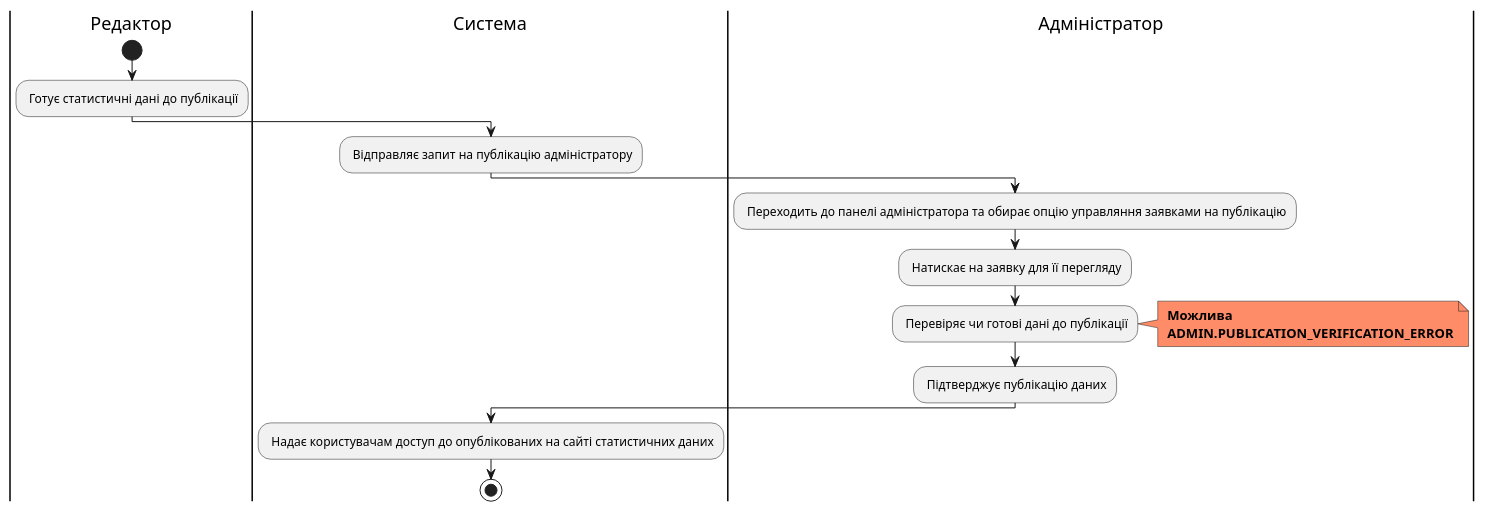
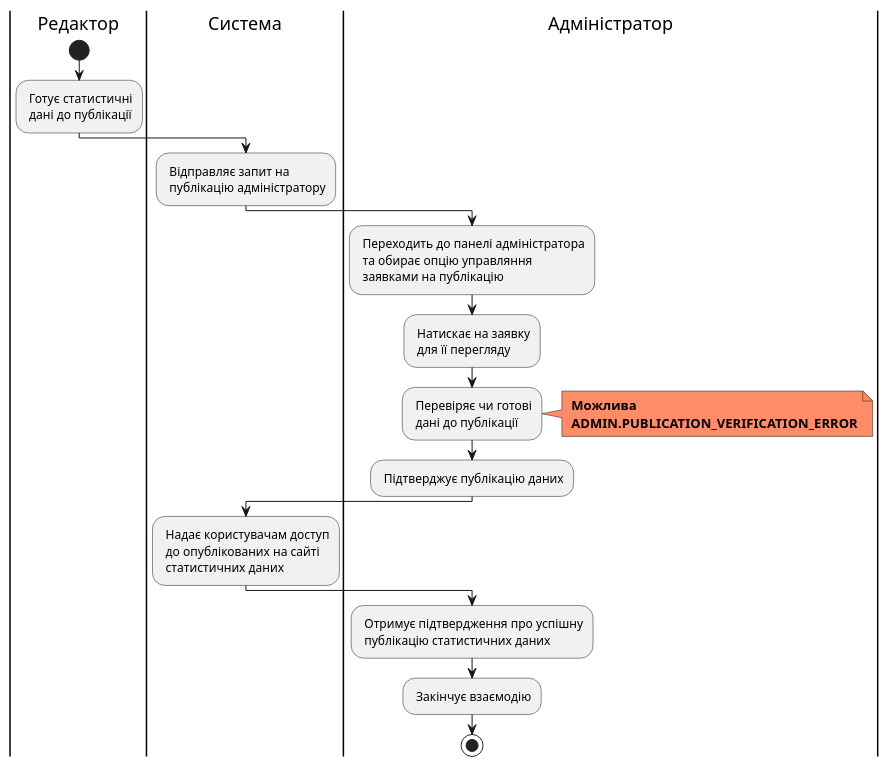
One commit to edu-db/edu_db_labs changed diagram 17 of 19 in docs/use cases/README.md. Above: the diagram before and after it, drawn with PlantUML. The commit also changed other lines of this file, not shown here.

```diff
--- a/docs/use cases/README.md
+++ b/docs/use cases/README.md
@@ -1230,26 +1304,30 @@
 @startuml
 
 |Редактор|
 start;
-: Готує статистичні дані до публікації;
+: Готує статистичні\n дані до публікації;
 
 |Система|
-: Відправляє запит на публікацію адміністратору;
+: Відправляє запит на\n публікацію адміністратору;
 
 |Адміністратор|
-: Переходить до панелі адміністратора та обирає опцію управляння заявками на публікацію;
-: Натискає на заявку для її перегляду;
-: Перевіряє чи готові дані до публікації;
+: Переходить до панелі адміністратора\n та обирає опцію управляння\n заявками на публікацію;
+: Натискає на заявку\n для її перегляду;
+: Перевіряє чи готові\n дані до публікації;
 
 note right #ff8c69
 <b> Можлива
 <b> ADMIN.PUBLICATION_VERIFICATION_ERROR
 end note
 
 : Підтверджує публікацію даних;
 
 |Система|
-: Надає користувачам доступ до опублікованих на сайті статистичних даних;
- stop;
+: Надає користувачам доступ\n до опублікованих на сайті\n статистичних даних;
+
+|Адміністратор|
+: Отримує підтвердження про успішну\n публікацію статистичних даних;
+: Закінчує взаємодію;
+  stop;
 
 @enduml
```
